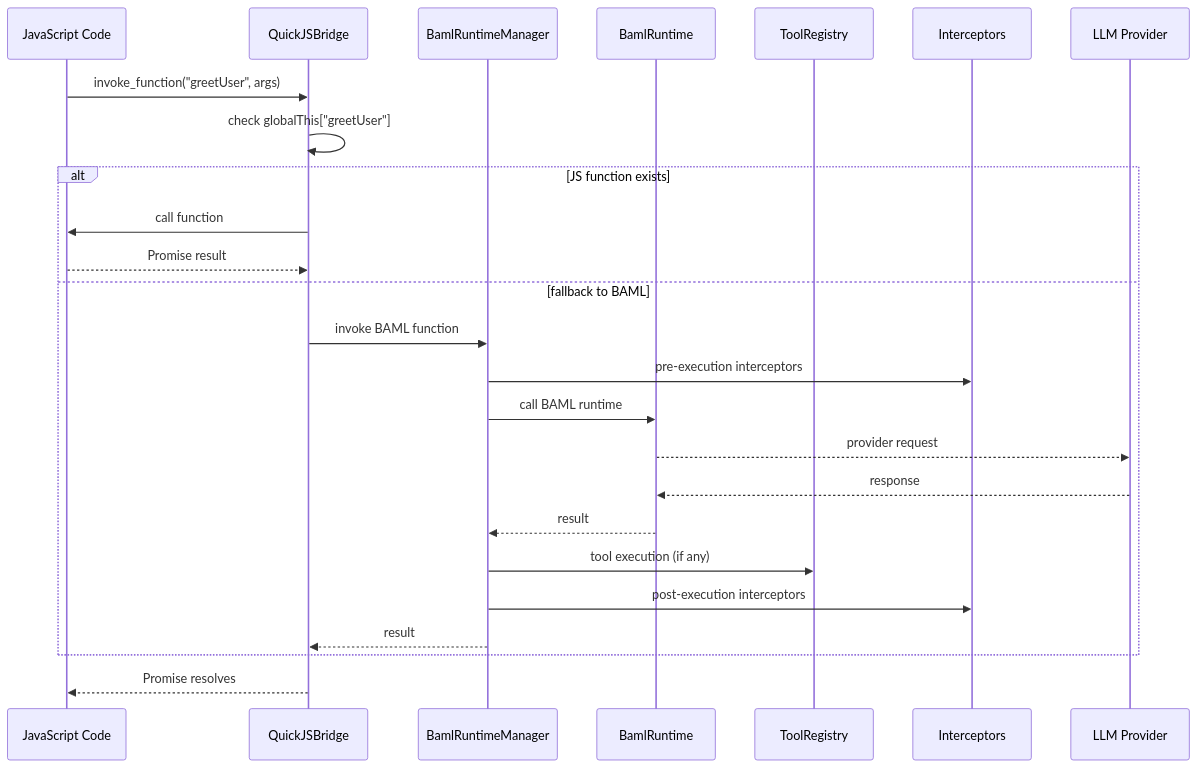
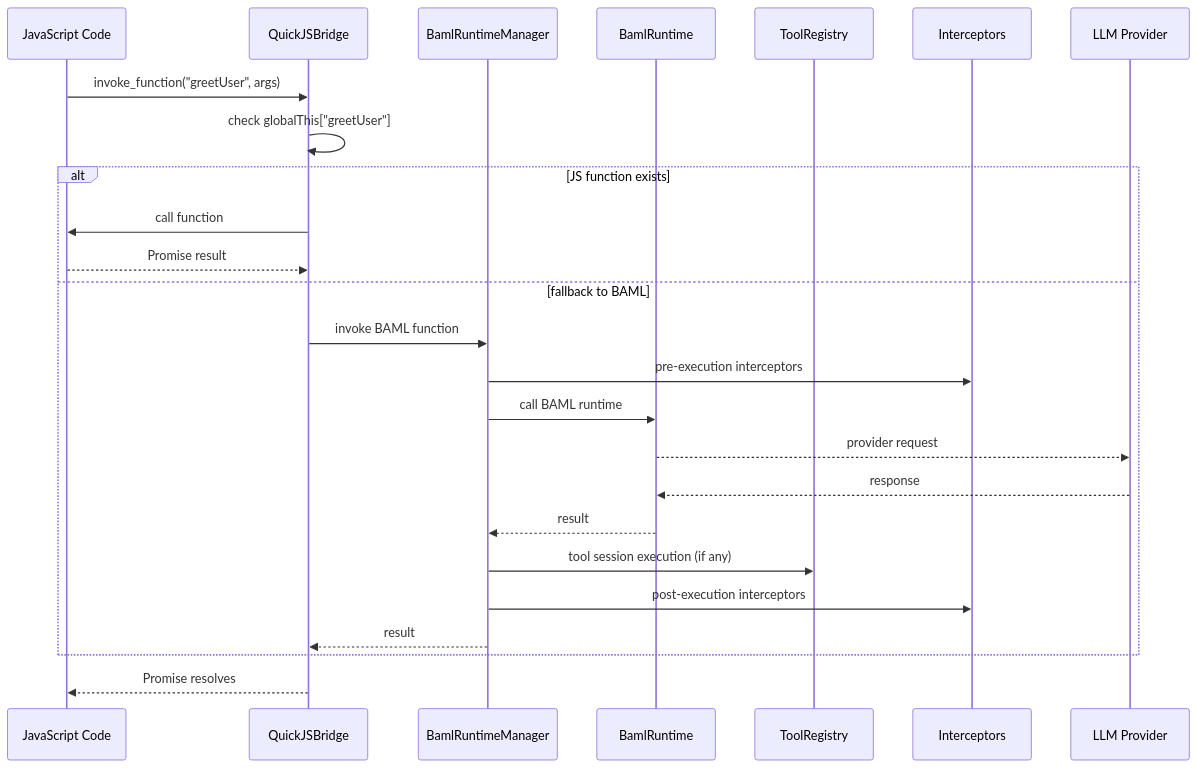
One commit to ryan-s-roberts/baml-ts-sandbox changed the first of 2 diagrams in README.md. Above: the diagram before and after it, drawn with Mermaid. The commit also changed other lines of this file and 91 other files, not shown here.

````diff
--- a/README.md
+++ b/README.md
@@ -24,28 +24,28 @@
 ```mermaid
 sequenceDiagram
     participant JS as JavaScript Code
     participant QJS as QuickJSBridge
     participant BRM as BamlRuntimeManager
     participant BR as BamlRuntime
     participant TR as ToolRegistry
     participant INT as Interceptors
     participant LLM as LLM Provider
 
     JS->>QJS: invoke_function("greetUser", args)
     QJS->>QJS: check globalThis["greetUser"]
     alt JS function exists
         QJS->>JS: call function
         JS-->>QJS: Promise result
     else fallback to BAML
         QJS->>BRM: invoke BAML function
         BRM->>INT: pre-execution interceptors
         BRM->>BR: call BAML runtime
         BR-->>LLM: provider request
         LLM-->>BR: response
         BR-->>BRM: result
-        BRM->>TR: tool execution (if any)
+    BRM->>TR: tool session execution (if any)
         BRM->>INT: post-execution interceptors
         BRM-->>QJS: result
     end
     QJS-->>JS: Promise resolves
 ```
````
